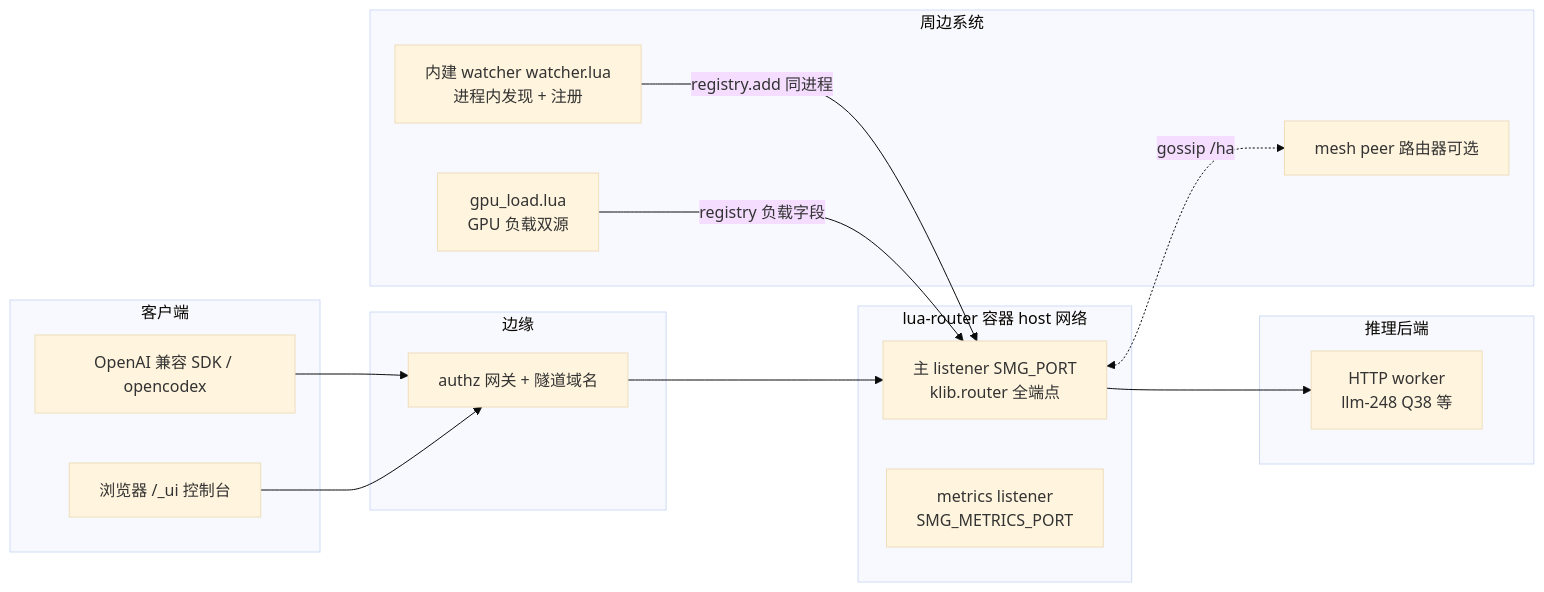
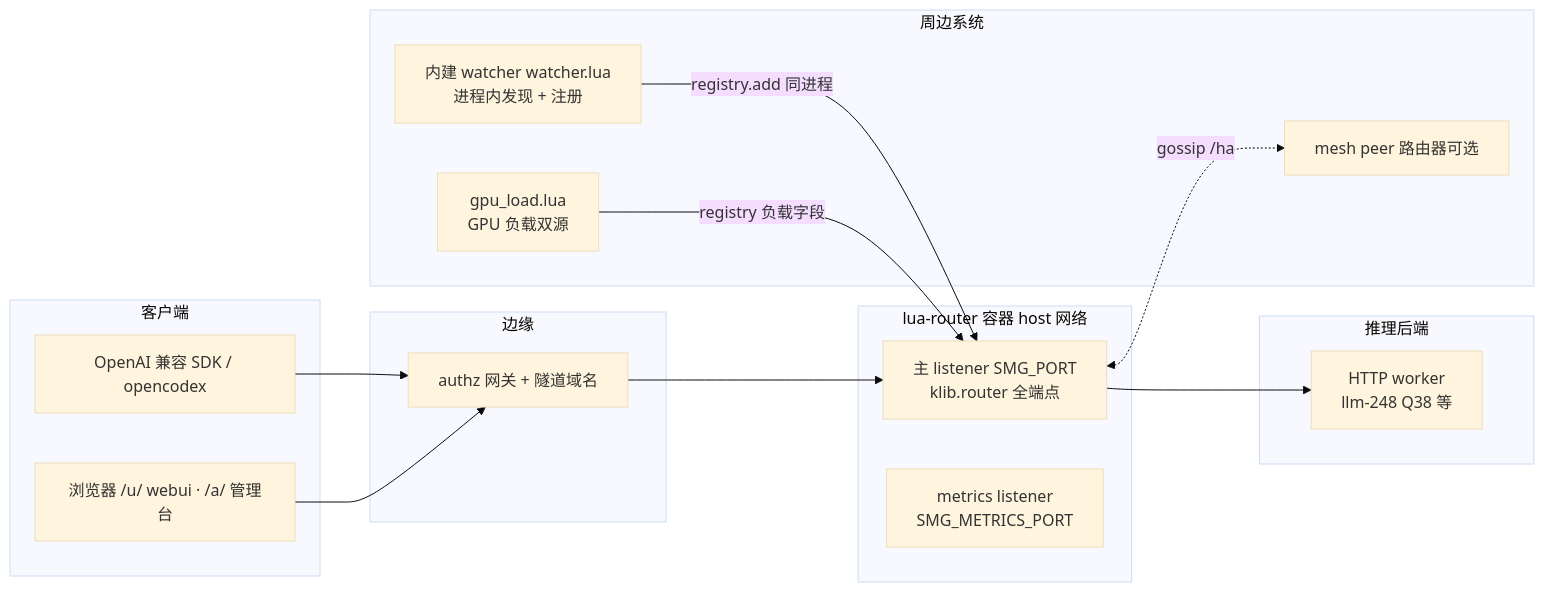
The first of 2 diagrams in doc/architect.md (yorkane/lua-router), drawn with Mermaid (base theme) before and after one commit. The commit also changed other lines of this file and 4 other files, not shown here.

Commit message:
docs: 重构后文档同步——模块地图/计数/入口迁移口径，锚定全绿门禁 gates-20261005-190411

````diff
--- a/doc/architect.md
+++ b/doc/architect.md
@@ -16,28 +20,28 @@
 ```mermaid
 flowchart LR
   subgraph clients[客户端]
     C1[OpenAI 兼容 SDK / opencodex]
-    C2[浏览器 /_ui 控制台]
+    C2[浏览器 /u/ webui · /a/ 管理台]
   end
   subgraph edge[边缘]
     AZ[authz 网关 + 隧道域名]
   end
   subgraph lr[lua-router 容器 host 网络]
     MAIN[主 listener SMG_PORT<br/>klib.router 全端点]
     MET[metrics listener<br/>SMG_METRICS_PORT]
   end
   subgraph workers[推理后端]
     W1[HTTP worker<br/>llm-248 Q38 等]
   end
   subgraph sidecar[周边系统]
     IW[内建 watcher watcher.lua<br/>进程内发现 + 注册]
     GL[gpu_load.lua<br/>GPU 负载双源]
     MP[mesh peer 路由器可选]
   end
   C1 --> AZ --> MAIN
   C2 --> AZ
   MAIN --> W1
   IW -- registry.add 同进程 --> MAIN
   GL -- registry 负载字段 --> MAIN
   MAIN <-. gossip /ha .-> MP
 ```
````
